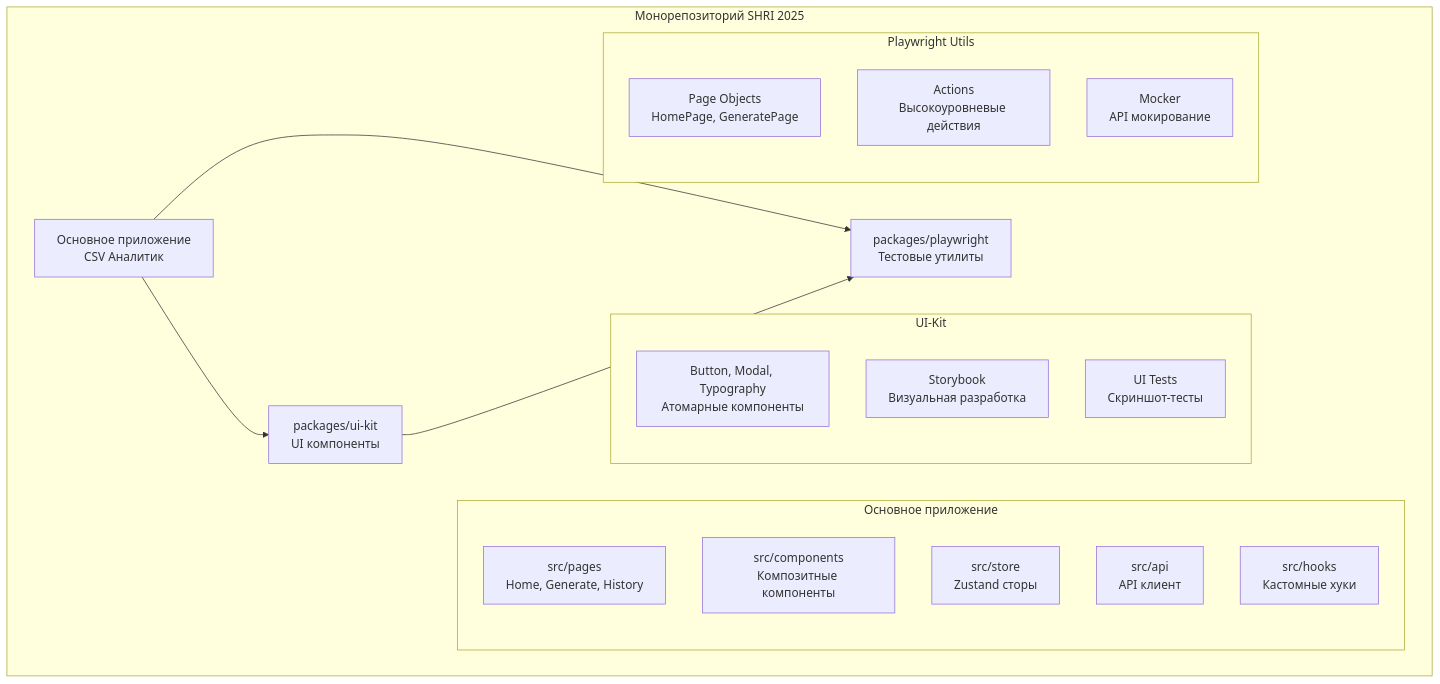
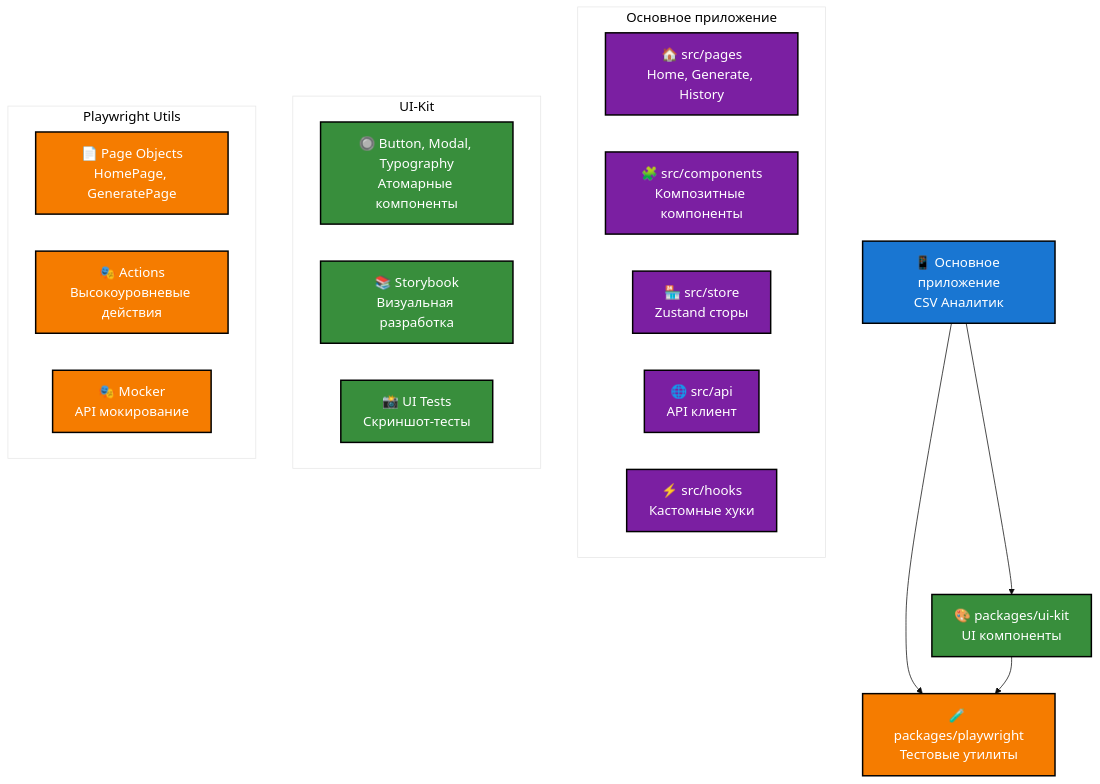
One commit to etozhenerk/shri-2025 changed the first of 5 diagrams in docs/presentation.md. Above: the diagram before and after it, drawn with Mermaid. The commit also changed other lines of this file, not shown here.

````diff
--- a/docs/presentation.md
+++ b/docs/presentation.md
@@ -20,28 +20,38 @@
 ```mermaid
+%%{init: {'theme':'base', 'themeVariables': { 'fontSize': '18px', 'fontFamily': 'Arial', 'primaryColor': '#ffffff', 'primaryTextColor': '#000000'}}}%%
 graph TB
-    subgraph "Монорепозиторий SHRI 2025"
-        A[Основное приложение<br/>CSV Аналитик] --> B[packages/ui-kit<br/>UI компоненты]
-        A --> C[packages/playwright<br/>Тестовые утилиты]
-        B --> C
-        
-        subgraph "Основное приложение"
-            D[src/pages<br/>Home, Generate, History]
-            E[src/components<br/>Композитные компоненты]
-            F[src/store<br/>Zustand сторы]
-            G[src/api<br/>API клиент]
-            H[src/hooks<br/>Кастомные хуки]
-        end
-        
-        subgraph "UI-Kit"
-            I[Button, Modal, Typography<br/>Атомарные компоненты]
-            J[Storybook<br/>Визуальная разработка]
-            K[UI Tests<br/>Скриншот-тесты]
-        end
-        
-        subgraph "Playwright Utils"
-            L[Page Objects<br/>HomePage, GeneratePage]
-            M[Actions<br/>Высокоуровневые действия]
-            N[Mocker<br/>API мокирование]
-        end
+    A["📱 Основное приложение<br/>CSV Аналитик"] --> B["🎨 packages/ui-kit<br/>UI компоненты"]
+    A --> C["🧪 packages/playwright<br/>Тестовые утилиты"]
+    B --> C
+    
+    subgraph "Основное приложение"
+        D["🏠 src/pages<br/>Home, Generate, History"]
+        E["🧩 src/components<br/>Композитные компоненты"]
+        F["🏪 src/store<br/>Zustand сторы"]
+        G["🌐 src/api<br/>API клиент"]
+        H["⚡ src/hooks<br/>Кастомные хуки"]
     end
+    
+    subgraph "UI-Kit"
+        I["🔘 Button, Modal, Typography<br/>Атомарные компоненты"]
+        J["📚 Storybook<br/>Визуальная разработка"]
+        K["📸 UI Tests<br/>Скриншот-тесты"]
+    end
+    
+    subgraph "Playwright Utils"
+        L["📄 Page Objects<br/>HomePage, GeneratePage"]
+        M["🎭 Actions<br/>Высокоуровневые действия"]
+        N["🎭 Mocker<br/>API мокирование"]
+    end
+    
+    %% Стили с контрастными цветами
+    classDef mainApp fill:#1976d2,stroke:#000,stroke-width:2px,color:#fff
+    classDef uiKit fill:#388e3c,stroke:#000,stroke-width:2px,color:#fff
+    classDef playwright fill:#f57c00,stroke:#000,stroke-width:2px,color:#fff
+    classDef components fill:#7b1fa2,stroke:#000,stroke-width:2px,color:#fff
+    
+    class A mainApp
+    class B,I,J,K uiKit
+    class C,L,M,N playwright
+    class D,E,F,G,H components
 ```
````
